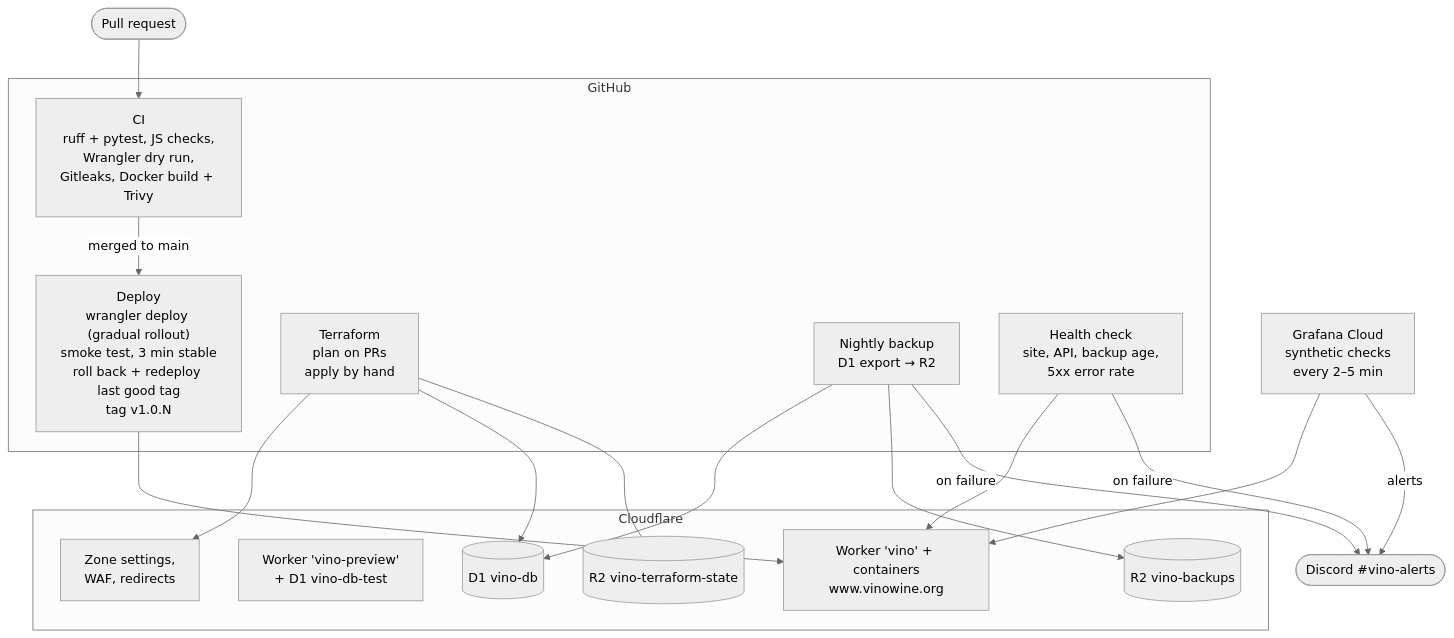
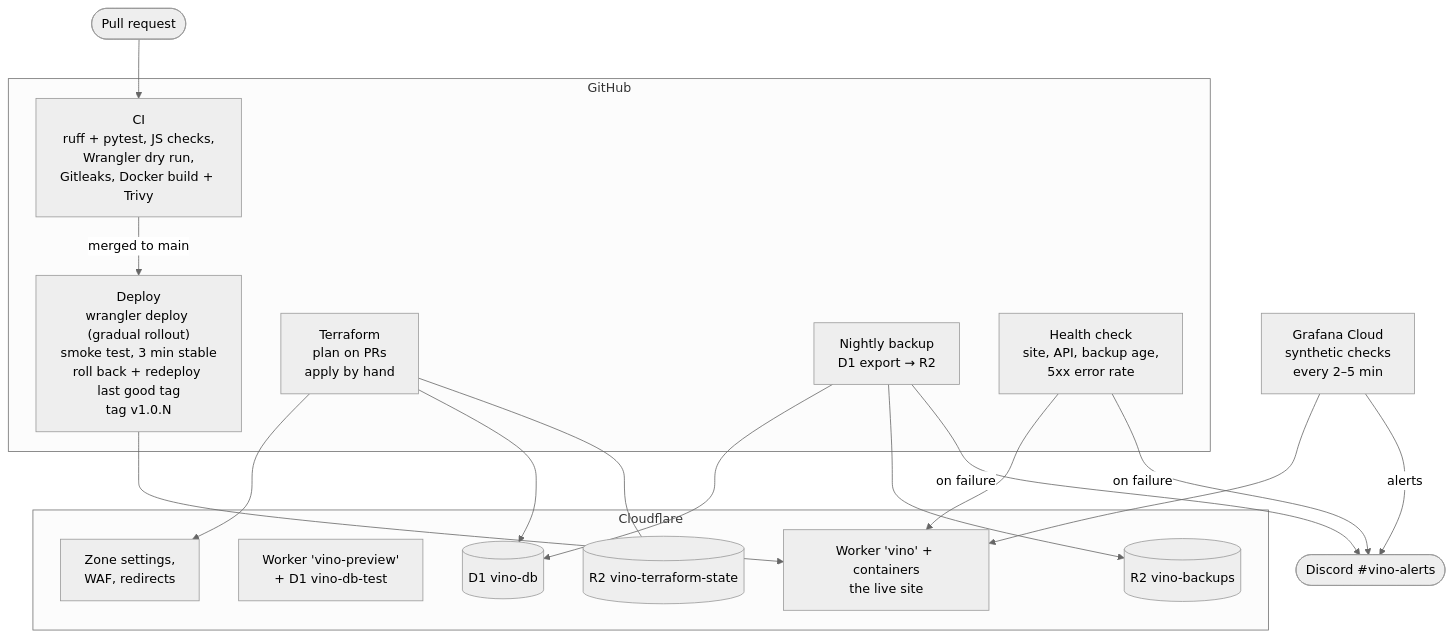
Before and after one commit to JohnRochester-git/vino-mangement-app: the second of 2 diagrams in docs/architecture.md, drawn with Mermaid (neutral theme). The commit also changed other lines of this file and 22 other files, not shown here.

````diff
--- a/docs/architecture.md
+++ b/docs/architecture.md
@@ -36,36 +54,36 @@
 ```mermaid
 flowchart TB
     dev([Pull request]) --> ci
 
     subgraph gh[GitHub]
         ci["CI<br/>ruff + pytest, JS checks,<br/>Wrangler dry run,<br/>Gitleaks, Docker build + Trivy"]
         deploy["Deploy<br/>wrangler deploy (gradual rollout)<br/>smoke test, 3 min stable<br/>roll back + redeploy last good tag<br/>tag v1.0.N"]
         tf["Terraform<br/>plan on PRs<br/>apply by hand"]
         backup["Nightly backup<br/>D1 export → R2"]
         health["Health check<br/>site, API, backup age,<br/>5xx error rate"]
     end
 
     subgraph cf[Cloudflare]
-        live["Worker 'vino' + containers<br/>www.vinowine.org"]
+        live["Worker 'vino' + containers<br/>the live site"]
         preview["Worker 'vino-preview'<br/>+ D1 vino-db-test"]
         d1[("D1 vino-db")]
         r2b[("R2 vino-backups")]
         r2s[("R2 vino-terraform-state")]
         zone["Zone settings,<br/>WAF, redirects"]
     end
 
     grafana["Grafana Cloud<br/>synthetic checks<br/>every 2–5 min"]
     discord([Discord #vino-alerts])
 
     ci -->|merged to main| deploy --> live
     tf --> zone
     tf --> d1
     tf --- r2s
     backup --> d1
     backup --> r2b
     health --> live
     grafana --> live
     health -->|on failure| discord
     backup -->|on failure| discord
     grafana -->|alerts| discord
 ```
````
